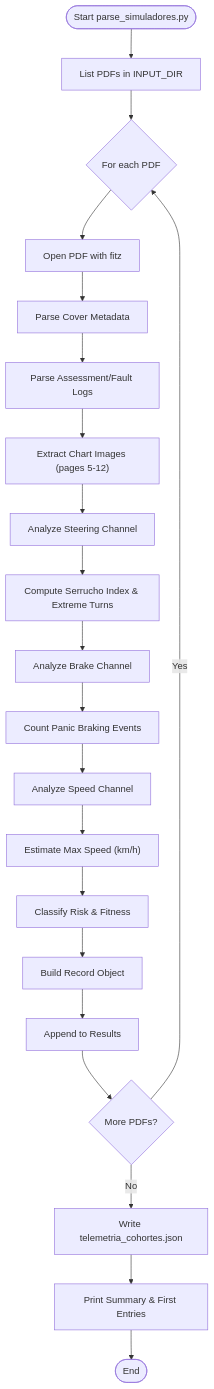
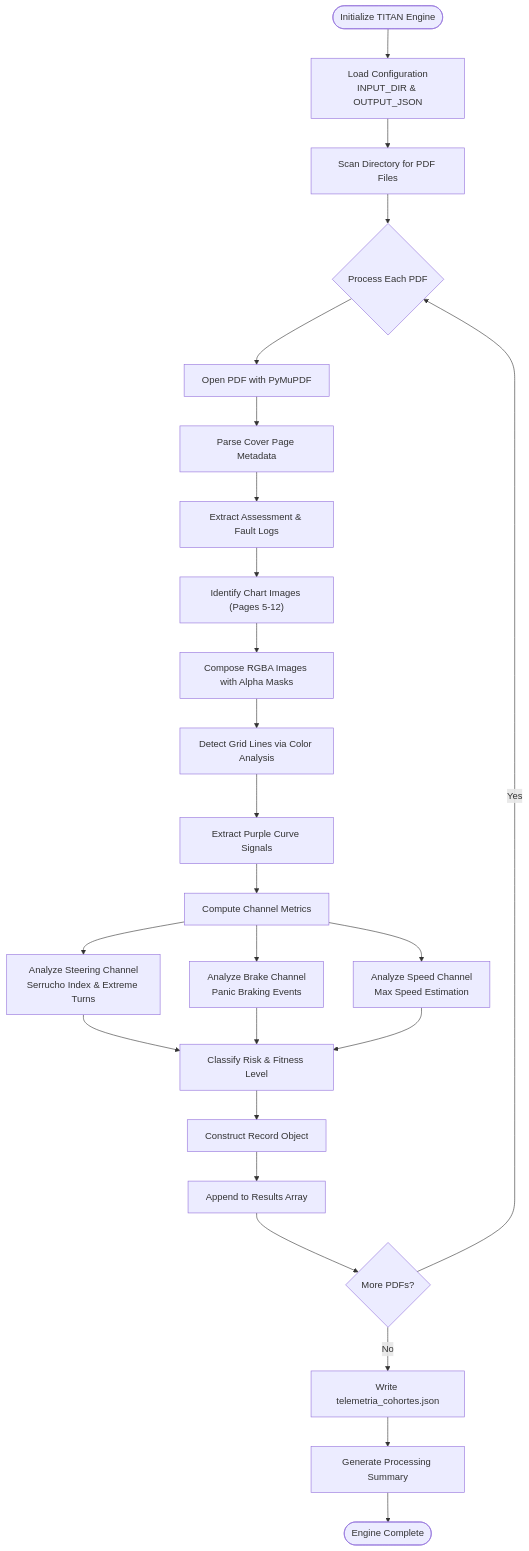
One commit to AgusCatra/simu-twin-web changed the first of 5 diagrams in .qoder/repowiki/en/content/Core Services & Business Logic/Telemetry Processing Engine.md. Above: the diagram before and after it, drawn with Mermaid. The commit also changed other lines of this file and 63 other files, not shown here.

````diff
--- a/.qoder/repowiki/en/content/Core Services & Business Logic/Telemetry Processing Engine.md
+++ b/.qoder/repowiki/en/content/Core Services & Business Logic/Telemetry Processing Engine.md
@@ -86,23 +50,27 @@
 ```mermaid
 flowchart TD
-Start(["Start parse_simuladores.py"]) --> ListPDFs["List PDFs in INPUT_DIR"]
-ListPDFs --> ForEachPDF{"For each PDF"}
-ForEachPDF --> OpenDoc["Open PDF with fitz"]
-OpenDoc --> ParseCover["Parse Cover Metadata"]
-ParseCover --> ParseLogs["Parse Assessment/Fault Logs"]
-ParseLogs --> ExtractCharts["Extract Chart Images (pages 5-12)"]
-ExtractCharts --> AnalyzeSteering["Analyze Steering Channel"]
-AnalyzeSteering --> ComputeSteerMetrics["Compute Serrucho Index & Extreme Turns"]
-ComputeSteerMetrics --> AnalyzeBrake["Analyze Brake Channel"]
-AnalyzeBrake --> CountPanicBrakes["Count Panic Braking Events"]
-CountPanicBrakes --> AnalyzeSpeed["Analyze Speed Channel"]
-AnalyzeSpeed --> EstimateMaxSpeed["Estimate Max Speed (km/h)"]
-EstimateMaxSpeed --> Classify["Classify Risk & Fitness"]
-Classify --> BuildRecord["Build Record Object"]
-BuildRecord --> AppendResult["Append to Results"]
-AppendResult --> NextPDF{"More PDFs?"}
-NextPDF --> |Yes| ForEachPDF
-NextPDF --> |No| WriteJSON["Write telemetria_cohortes.json"]
-WriteJSON --> PrintSummary["Print Summary & First Entries"]
-PrintSummary --> End(["End"])
+Start(["Initialize TITAN Engine"]) --> Config["Load Configuration<br/>INPUT_DIR & OUTPUT_JSON"]
+Config --> ScanPDFs["Scan Directory for PDF Files"]
+ScanPDFs --> ProcessLoop{"Process Each PDF"}
+ProcessLoop --> OpenDoc["Open PDF with PyMuPDF"]
+OpenDoc --> ParseCover["Parse Cover Page Metadata"]
+ParseCover --> ExtractLogs["Extract Assessment & Fault Logs"]
+ExtractLogs --> IdentifyCharts["Identify Chart Images (Pages 5-12)"]
+IdentifyCharts --> ComposeImages["Compose RGBA Images with Alpha Masks"]
+ComposeImages --> DetectGrid["Detect Grid Lines via Color Analysis"]
+DetectGrid --> ExtractCurves["Extract Purple Curve Signals"]
+ExtractCurves --> ComputeMetrics["Compute Channel Metrics"]
+ComputeMetrics --> AnalyzeSteering["Analyze Steering Channel<br/>Serrucho Index & Extreme Turns"]
+ComputeMetrics --> AnalyzeBrake["Analyze Brake Channel<br/>Panic Braking Events"]
+ComputeMetrics --> AnalyzeSpeed["Analyze Speed Channel<br/>Max Speed Estimation"]
+AnalyzeSteering --> ClassifyRisk["Classify Risk & Fitness Level"]
+AnalyzeBrake --> ClassifyRisk
+AnalyzeSpeed --> ClassifyRisk
+ClassifyRisk --> BuildRecord["Construct Record Object"]
+BuildRecord --> AppendResults["Append to Results Array"]
+AppendResults --> NextPDF{"More PDFs?"}
+NextPDF --> |Yes| ProcessLoop
+NextPDF --> |No| WriteOutput["Write telemetria_cohortes.json"]
+WriteOutput --> PrintSummary["Generate Processing Summary"]
+PrintSummary --> End(["Engine Complete"])
 ```
````
